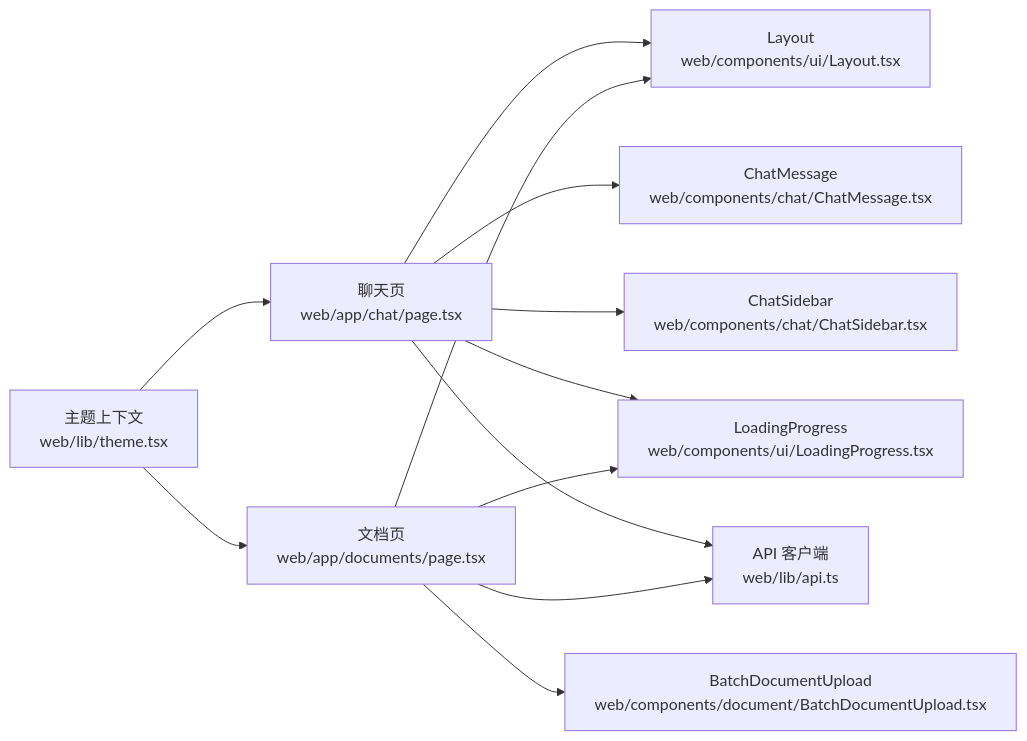
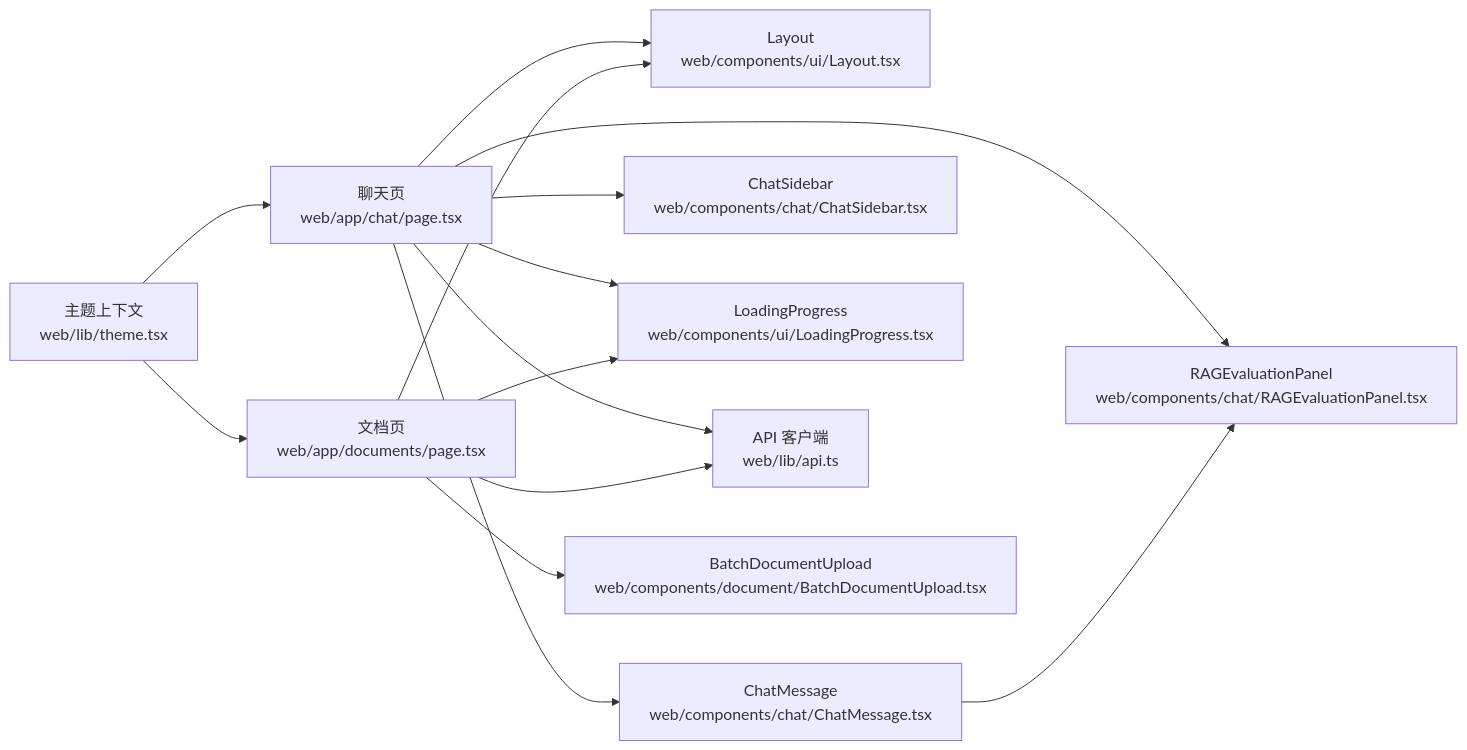
The fourth of 4 diagrams in .qoder/repowiki/zh/content/前端应用/前端应用.md (iammm0/advanced-rag), drawn with Mermaid before and after one commit. The commit also changed other lines of this file and 5 other files, not shown here.

````diff
--- a/.qoder/repowiki/zh/content/前端应用/前端应用.md
+++ b/.qoder/repowiki/zh/content/前端应用/前端应用.md
@@ -274,14 +316,16 @@
 ```mermaid
 graph LR
 ChatPage["聊天页<br/>web/app/chat/page.tsx"] --> LayoutComp["Layout<br/>web/components/ui/Layout.tsx"]
 ChatPage --> MsgComp["ChatMessage<br/>web/components/chat/ChatMessage.tsx"]
 ChatPage --> SideComp["ChatSidebar<br/>web/components/chat/ChatSidebar.tsx"]
 ChatPage --> LoadComp["LoadingProgress<br/>web/components/ui/LoadingProgress.tsx"]
+ChatPage --> EvalPanel["RAGEvaluationPanel<br/>web/components/chat/RAGEvaluationPanel.tsx"]
 ChatPage --> APIClient["API 客户端<br/>web/lib/api.ts"]
 DocPage["文档页<br/>web/app/documents/page.tsx"] --> UpComp["BatchDocumentUpload<br/>web/components/document/BatchDocumentUpload.tsx"]
 DocPage --> LayoutComp
 DocPage --> LoadComp
 DocPage --> APIClient
 Theme["主题上下文<br/>web/lib/theme.tsx"] --> ChatPage
 Theme --> DocPage
+MsgComp --> EvalPanel
 ```
````
